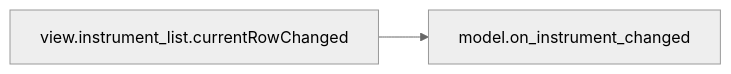
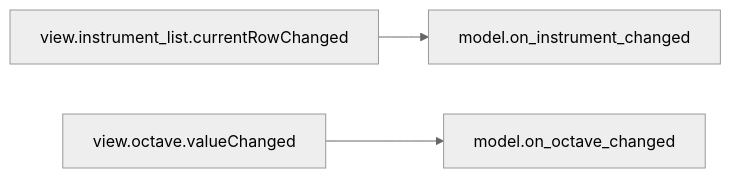
One commit to com-posers-pit/smw_music changed the fourth of 9 diagrams in doc/source/dashboard_signal_slot_map.rst. Above: the diagram before and after it, drawn with Mermaid (neutral theme). The commit also changed 3 other files, not shown here.

```diff
--- a/doc/source/dashboard_signal_slot_map.rst
+++ b/doc/source/dashboard_signal_slot_map.rst
@@ -69,4 +69,5 @@
 .. mermaid::
 
    flowchart LR
       view.instrument_list.currentRowChanged --> model.on_instrument_changed
+      view.octave.valueChanged --> model.on_octave_changed
```
